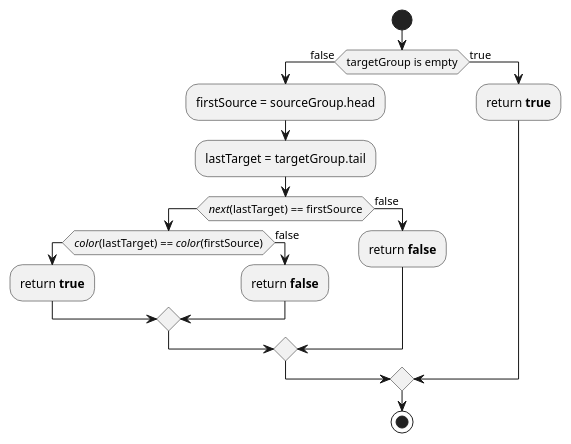
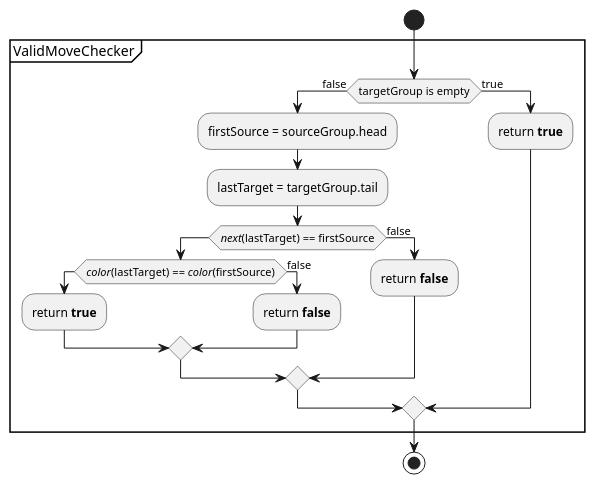
One commit to ciscoruiz/klondike changed the diagram in useCaseView/ValidMoveChecker.puml. Above: the diagram before and after it, drawn with PlantUML.

Commit message:
Show use case name

```diff
--- a/useCaseView/ValidMoveChecker.puml
+++ b/useCaseView/ValidMoveChecker.puml
@@ -1,22 +1,25 @@
 @startuml
 'https://plantuml.com/activity-diagram-beta
 
 start
+partition ValidMoveChecker {
    if (targetGroup is empty) then (false)
       :firstSource = sourceGroup.head;
       :lastTarget = targetGroup.tail;
       if (//next//(lastTarget) == firstSource) then
          if (//color//(lastTarget) == //color//(firstSource)) then
             :return **true**;
          else (false)
             :return **false**;
          endif
       else (false)
          :return **false**;
       endif
    else (true)
       :return **true**;
    endif
+}
+
 stop
 
 @enduml
```
